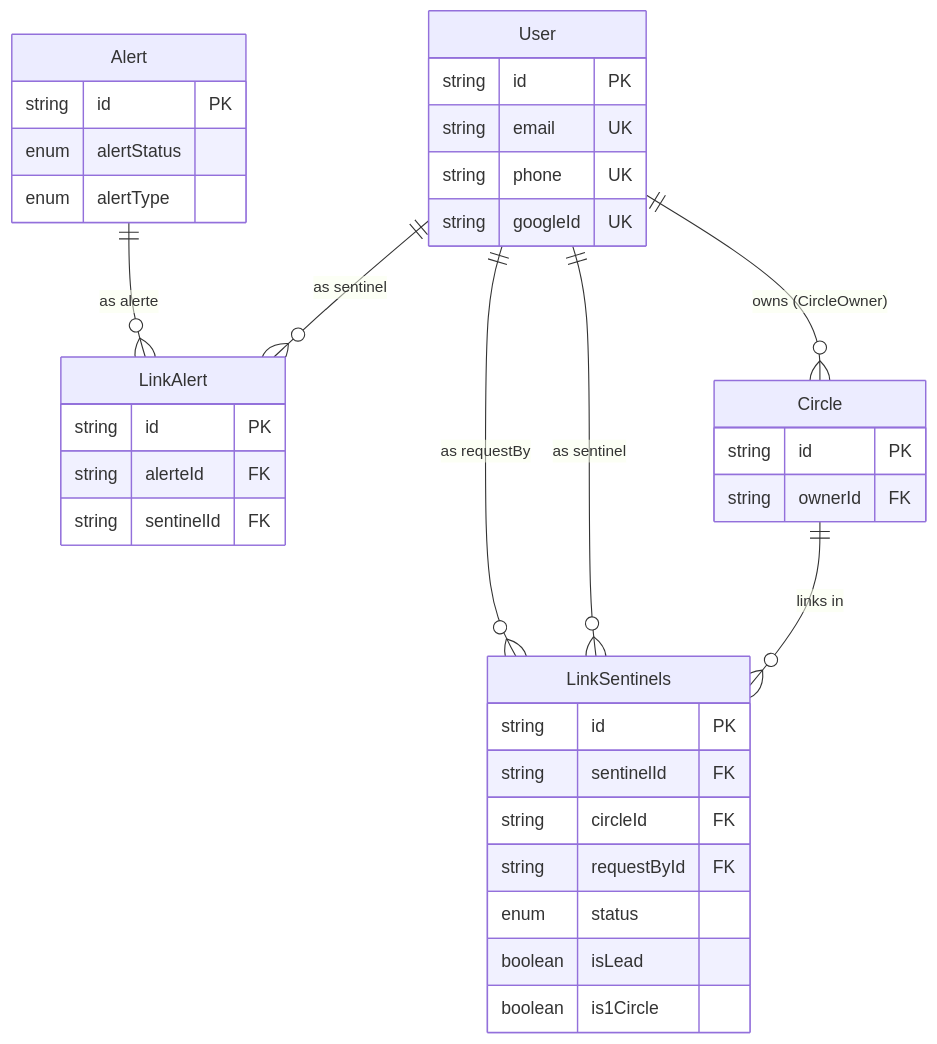
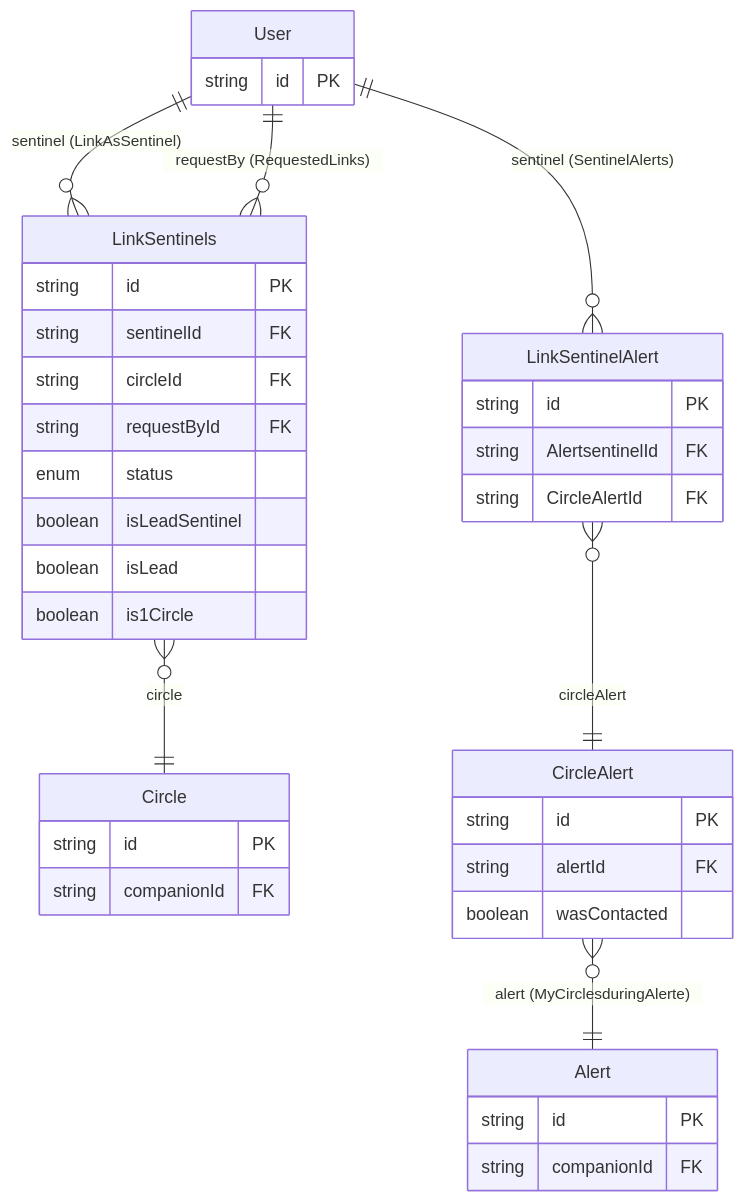
Before and after one commit to Sylvfo/MySentinelCircle: the second of 3 diagrams in backend/prisma/DB_schéma.md, drawn with Mermaid. The commit also changed other lines of this file and 2 other files, not shown here.

````diff
--- a/backend/prisma/DB_schéma.md
+++ b/backend/prisma/DB_schéma.md
@@ -8,45 +82,41 @@
 ```mermaid
 erDiagram
-  User ||--o{ Circle : "owns (CircleOwner)"
-
-  User ||--o{ LinkSentinels : "as sentinel"
-  User ||--o{ LinkSentinels : "as requestBy"
-  Circle ||--o{ LinkSentinels : "links in"
-
-  Alert ||--o{ LinkAlert : "as alerte"
-  User ||--o{ LinkAlert : "as sentinel"
+  User               ||--o{ LinkSentinels     : "sentinel (LinkAsSentinel)"
+  User               ||--o{ LinkSentinels     : "requestBy (RequestedLinks)"
+  LinkSentinels      }o--||  Circle           : "circle"
+  User               ||--o{ LinkSentinelAlert : "sentinel (SentinelAlerts)"
+  LinkSentinelAlert  }o--||  CircleAlert      : "circleAlert"
+  CircleAlert        }o--||  Alert            : "alert (MyCirclesduringAlerte)"
 
   User {
     string id PK
-    string email UK
-    string phone UK
-    string googleId UK
   }
-
-  Circle {
-    string id PK
-    string ownerId FK
-  }
-
-  Alert {
-    string id PK
-    enum alertStatus
-    enum alertType
-  }
-
   LinkSentinels {
     string id PK
     string sentinelId FK
     string circleId FK
     string requestById FK
-    enum status
+    enum   status
+    boolean isLeadSentinel
     boolean isLead
     boolean is1Circle
   }
-
-  LinkAlert {
+  Circle {
     string id PK
-    string alerteId FK
-    string sentinelId FK
+    string companionId FK
+  }
+  LinkSentinelAlert {
+    string id PK
+    string AlertsentinelId FK
+    string CircleAlertId FK
+  }
+  CircleAlert {
+    string id PK
+    string alertId FK
+    boolean wasContacted
+  }
+  Alert {
+    string id PK
+    string companionId FK
   }
 ```
````
